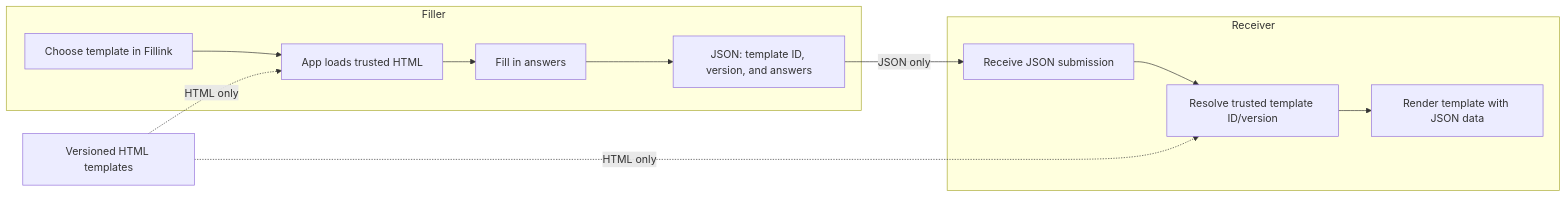
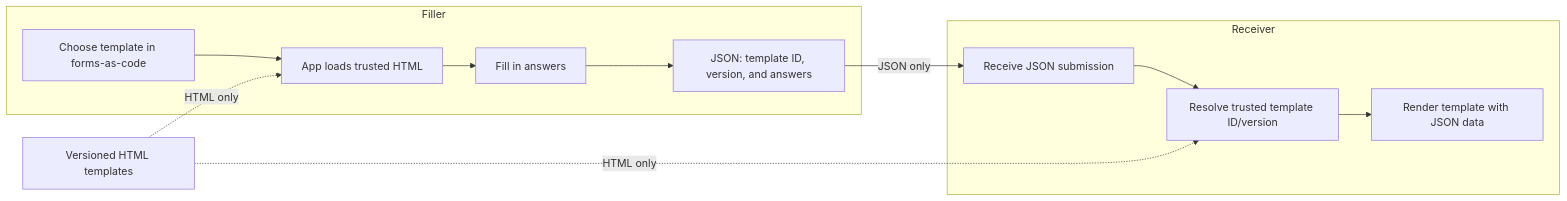
The diagram in README.md (ivanchubb/forms-as-code), drawn with Mermaid before and after one commit. The commit also changed other lines of this file and 6 other files, not shown here.

````diff
--- a/README.md
+++ b/README.md
@@ -31,16 +31,16 @@
 ```mermaid
 flowchart LR
   Repo[Versioned HTML templates]
 
   subgraph Filler
-    Select[Choose template in Fillink] --> Load[App loads trusted HTML] --> Fill[Fill in answers] --> Submission[JSON: template ID, version, and answers]
+    Select[Choose template in forms-as-code] --> Load[App loads trusted HTML] --> Fill[Fill in answers] --> Submission[JSON: template ID, version, and answers]
   end
 
   subgraph Receiver
     Receive[Receive JSON submission] --> Resolve[Resolve trusted template ID/version] --> Render[Render template with JSON data]
   end
 
   Repo -.->|HTML only| Load
   Repo -.->|HTML only| Resolve
   Submission -->|JSON only| Receive
 ```
````
